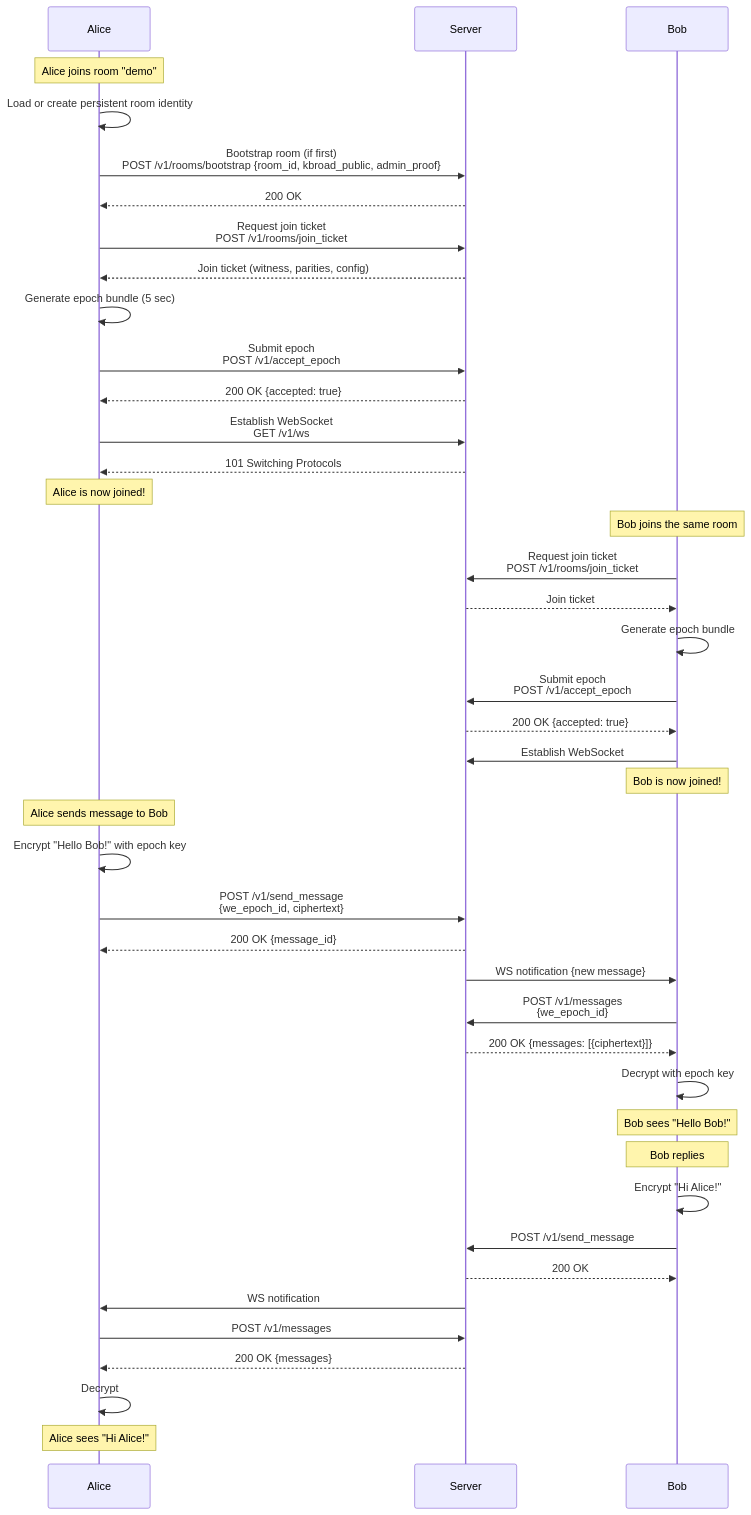
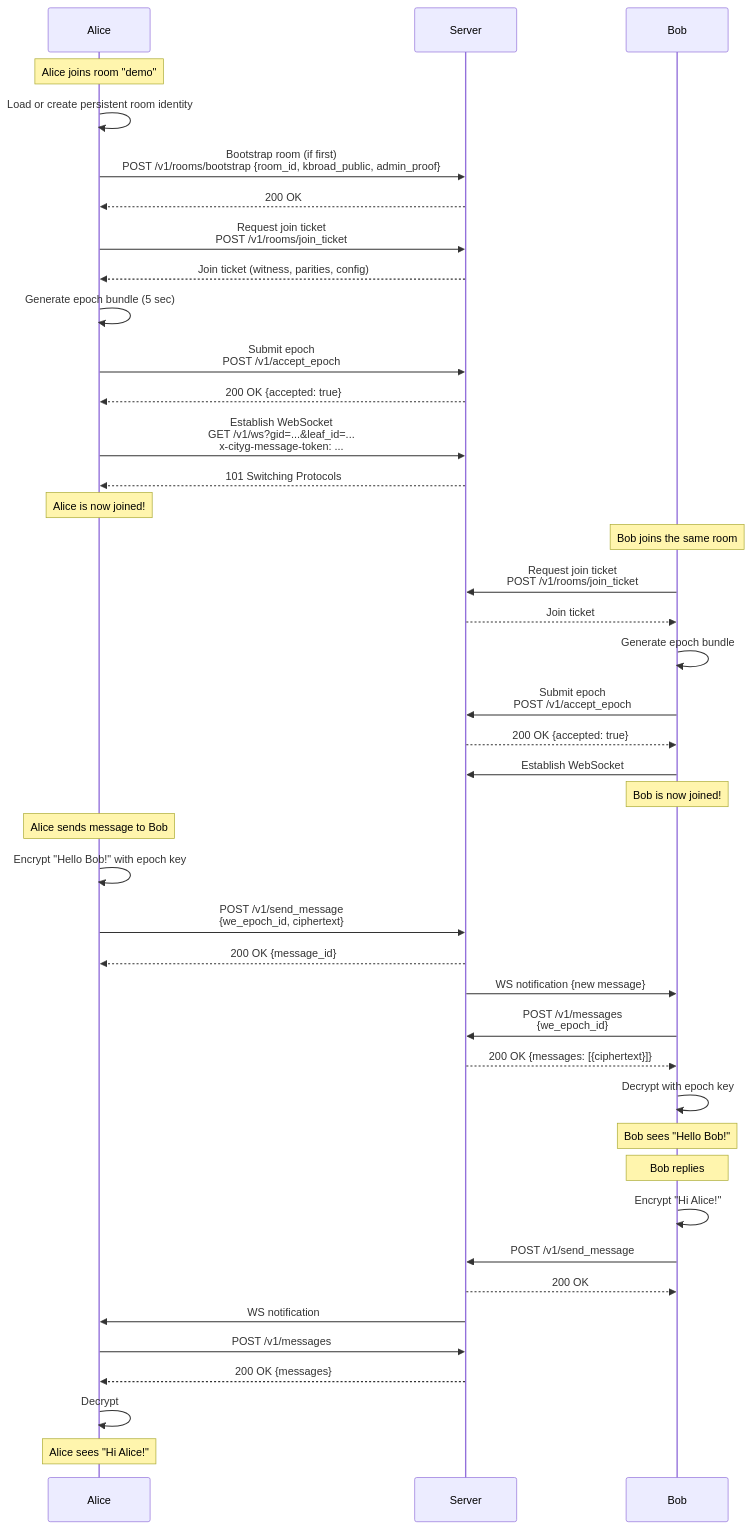
Before and after one commit to pwnsdx/cityg: the ninth of 11 diagrams in docs/workflows.md, drawn with Mermaid. The commit also changed other lines of this file and 1 other file, not shown here.

Commit message:
docs: align websocket auth and leaf-id derivation

````diff
--- a/docs/workflows.md
+++ b/docs/workflows.md
@@ -508,61 +508,61 @@
 ```mermaid
 sequenceDiagram
     participant Alice
     participant Server
     participant Bob
 
     Note over Alice: Alice joins room "demo"
 
     Alice->>Alice: Load or create persistent room identity
     Alice->>Server: Bootstrap room (if first)<br/>POST /v1/rooms/bootstrap {room_id, kbroad_public, admin_proof}
     Server-->>Alice: 200 OK
 
     Alice->>Server: Request join ticket<br/>POST /v1/rooms/join_ticket
     Server-->>Alice: Join ticket (witness, parities, config)
 
     Alice->>Alice: Generate epoch bundle (5 sec)
     Alice->>Server: Submit epoch<br/>POST /v1/accept_epoch
     Server-->>Alice: 200 OK {accepted: true}
 
-    Alice->>Server: Establish WebSocket<br/>GET /v1/ws
+    Alice->>Server: Establish WebSocket<br/>GET /v1/ws?gid=...&leaf_id=...<br/>x-cityg-message-token: ...
     Server-->>Alice: 101 Switching Protocols
 
     Note over Alice: Alice is now joined!
 
     Note over Bob: Bob joins the same room
 
     Bob->>Server: Request join ticket<br/>POST /v1/rooms/join_ticket
     Server-->>Bob: Join ticket
     Bob->>Bob: Generate epoch bundle
     Bob->>Server: Submit epoch<br/>POST /v1/accept_epoch
     Server-->>Bob: 200 OK {accepted: true}
     Bob->>Server: Establish WebSocket
 
     Note over Bob: Bob is now joined!
 
     Note over Alice: Alice sends message to Bob
 
     Alice->>Alice: Encrypt "Hello Bob!" with epoch key
     Alice->>Server: POST /v1/send_message<br/>{we_epoch_id, ciphertext}
     Server-->>Alice: 200 OK {message_id}
     Server->>Bob: WS notification {new message}
 
     Bob->>Server: POST /v1/messages<br/>{we_epoch_id}
     Server-->>Bob: 200 OK {messages: [{ciphertext}]}
     Bob->>Bob: Decrypt with epoch key
 
     Note over Bob: Bob sees "Hello Bob!"
 
     Note over Bob: Bob replies
 
     Bob->>Bob: Encrypt "Hi Alice!"
     Bob->>Server: POST /v1/send_message
     Server-->>Bob: 200 OK
     Server->>Alice: WS notification
 
     Alice->>Server: POST /v1/messages
     Server-->>Alice: 200 OK {messages}
     Alice->>Alice: Decrypt
 
     Note over Alice: Alice sees "Hi Alice!"
 ```
````
